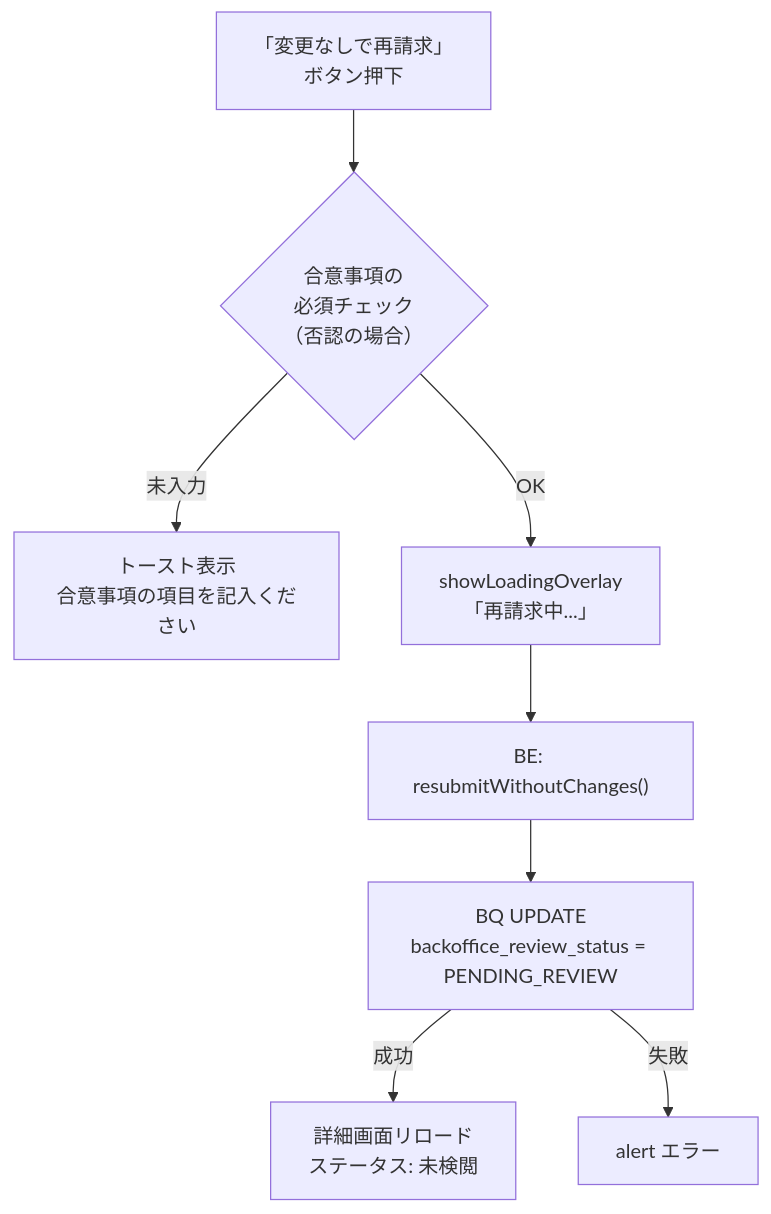
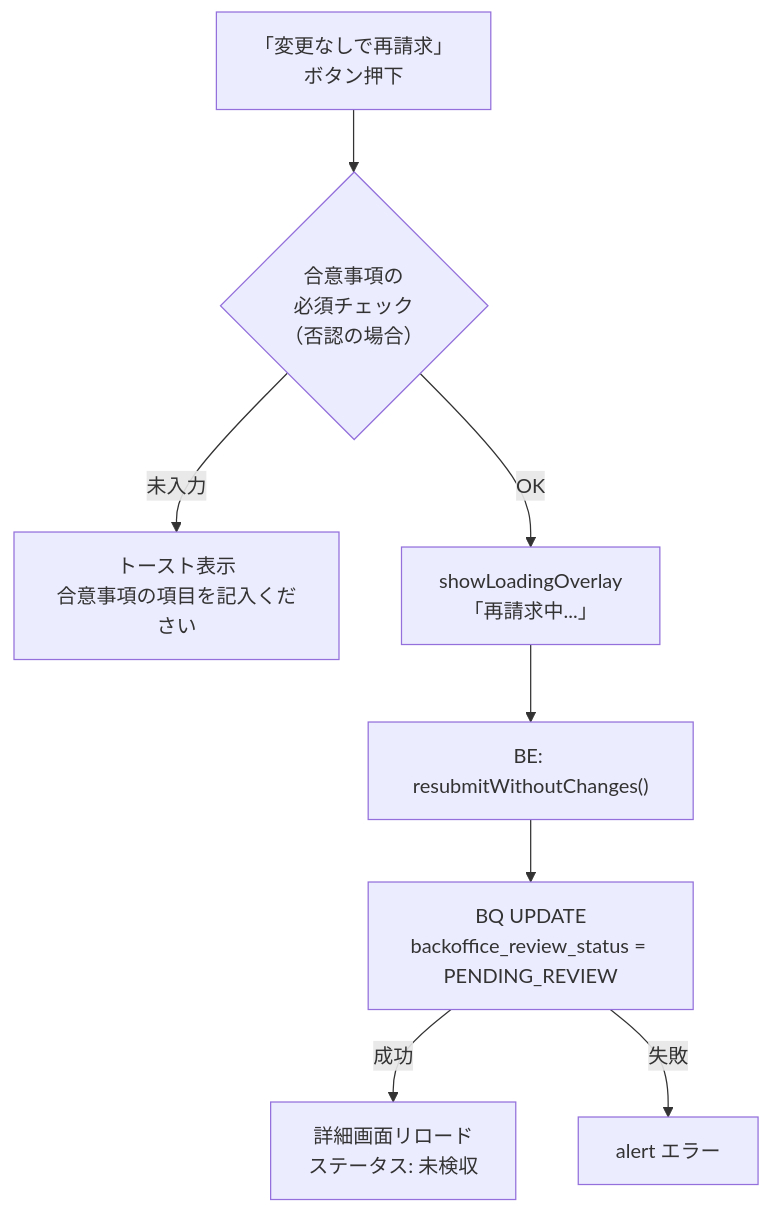
The ninth of 17 diagrams in docs/specifications/04_detail_page.md (USEN-PAY-Products/connect-wholesale-gas-poc), drawn with Mermaid before and after one commit. The commit also changed other lines of this file and 13 other files, not shown here.

````diff
--- a/docs/specifications/04_detail_page.md
+++ b/docs/specifications/04_detail_page.md
@@ -282,10 +286,10 @@
 ```mermaid
 flowchart TD
     START["「変更なしで再請求」\nボタン押下"] --> CHECK{"合意事項の\n必須チェック\n（否認の場合）"}
     CHECK -->|未入力| TOAST["トースト表示\n合意事項の項目を記入ください"]
     CHECK -->|OK| LOADING["showLoadingOverlay\n「再請求中...」"]
     LOADING --> BE["BE: resubmitWithoutChanges()"]
     BE --> BQ_UPDATE["BQ UPDATE\nbackoffice_review_status = PENDING_REVIEW"]
-    BQ_UPDATE -->|成功| RELOAD["詳細画面リロード\nステータス: 未検閲"]
+    BQ_UPDATE -->|成功| RELOAD["詳細画面リロード\nステータス: 未検収"]
     BQ_UPDATE -->|失敗| ALERT["alert エラー"]
 ```
````
